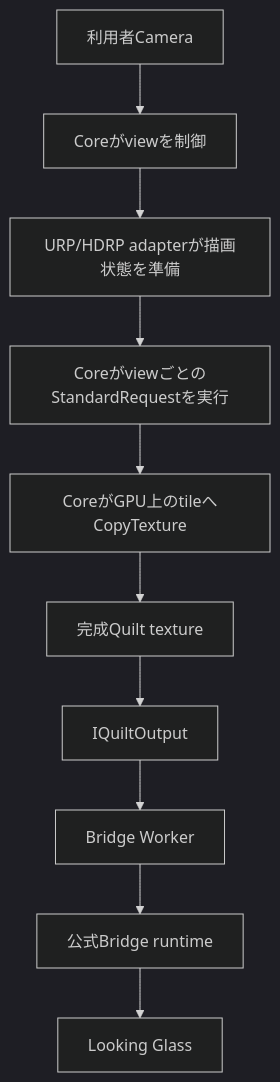
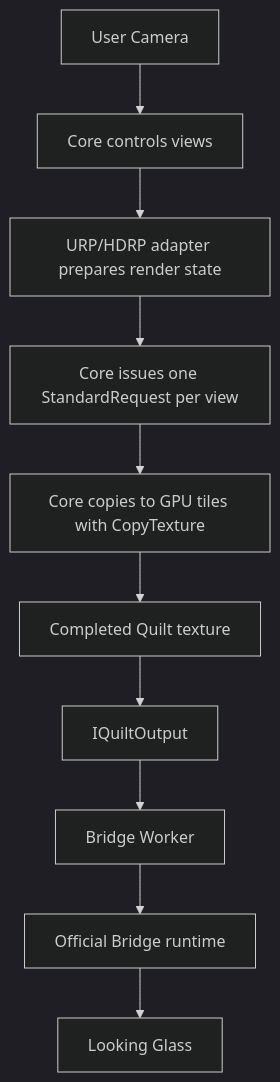
The diagram in docs/architecture.md (zabaglione/ViewWeave), drawn with Mermaid (dark theme) before and after one commit. The commit also changed other lines of this file and 68 other files, not shown here.

````diff
--- a/docs/architecture.md
+++ b/docs/architecture.md
@@ -9,12 +11,12 @@
 ```mermaid
 flowchart TB
-    Camera["利用者Camera"] --> Core["Coreがviewを制御"]
-    Core --> Adapter["URP/HDRP adapterが描画状態を準備"]
-    Adapter --> Request["CoreがviewごとのStandardRequestを実行"]
-    Request --> Copy["CoreがGPU上のtileへCopyTexture"]
-    Copy --> Quilt["完成Quilt texture"]
+    Camera["User Camera"] --> Core["Core controls views"]
+    Core --> Adapter["URP/HDRP adapter prepares render state"]
+    Adapter --> Request["Core issues one StandardRequest per view"]
+    Request --> Copy["Core copies to GPU tiles with CopyTexture"]
+    Copy --> Quilt["Completed Quilt texture"]
     Quilt --> Output["IQuiltOutput"]
     Output --> Worker["Bridge Worker"]
-    Worker --> Bridge["公式Bridge runtime"]
+    Worker --> Bridge["Official Bridge runtime"]
     Bridge --> Display["Looking Glass"]
 ```
````
